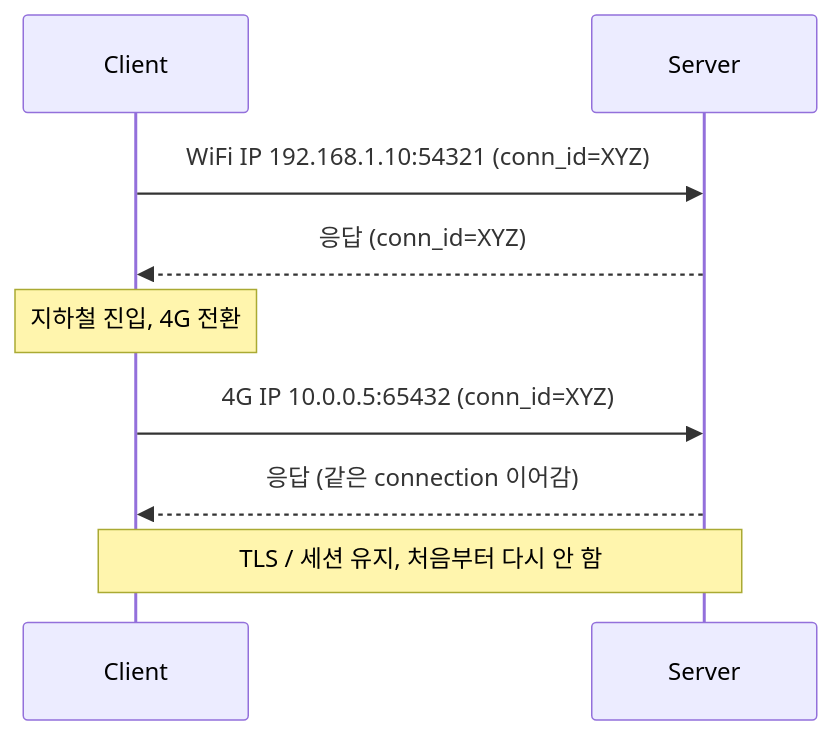
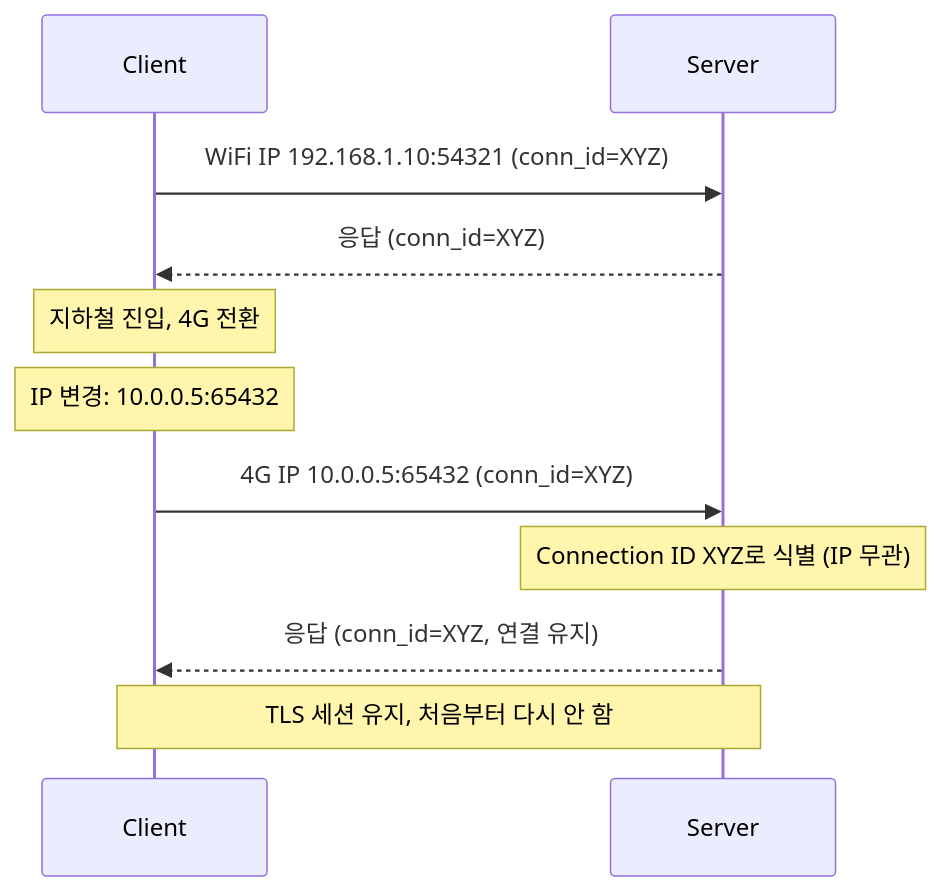
One commit to shinkeonkim/shinkeonkim.github.io changed the fourth of 5 diagrams in src/content/wiki/network/http-3.mdx. Above: the diagram before and after it, drawn with Mermaid. The commit also changed other lines of this file and 526 other files, not shown here.

First line of the commit message:
content(wiki): 전수조사 및 대규모 보강 (짧은 파일 0, mermaid +645)

````diff
--- a/src/content/wiki/network/http-3.mdx
+++ b/src/content/wiki/network/http-3.mdx
@@ -96,9 +114,14 @@
 ```mermaid
 sequenceDiagram
-    Client->>Server: WiFi IP 192.168.1.10:54321 (conn_id=XYZ)
-    Server-->>Client: 응답 (conn_id=XYZ)
-    Note over Client: 지하철 진입, 4G 전환
-    Client->>Server: 4G IP 10.0.0.5:65432 (conn_id=XYZ)
-    Server-->>Client: 응답 (같은 connection 이어감)
-    Note over Client,Server: TLS / 세션 유지, 처음부터 다시 안 함
+    participant C as Client
+    participant S as Server
+
+    C->>S: WiFi IP 192.168.1.10:54321 (conn_id=XYZ)
+    S-->>C: 응답 (conn_id=XYZ)
+    Note over C: 지하철 진입, 4G 전환
+    Note over C: IP 변경: 10.0.0.5:65432
+    C->>S: 4G IP 10.0.0.5:65432 (conn_id=XYZ)
+    Note over S: Connection ID XYZ로 식별 (IP 무관)
+    S-->>C: 응답 (conn_id=XYZ, 연결 유지)
+    Note over C,S: TLS 세션 유지, 처음부터 다시 안 함
 ```
````
